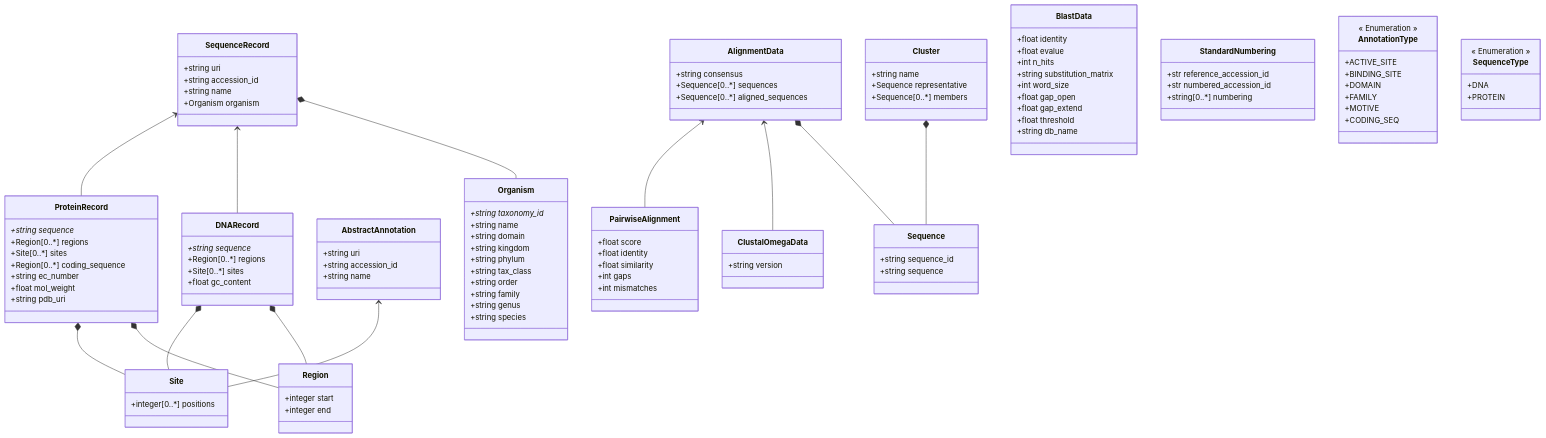
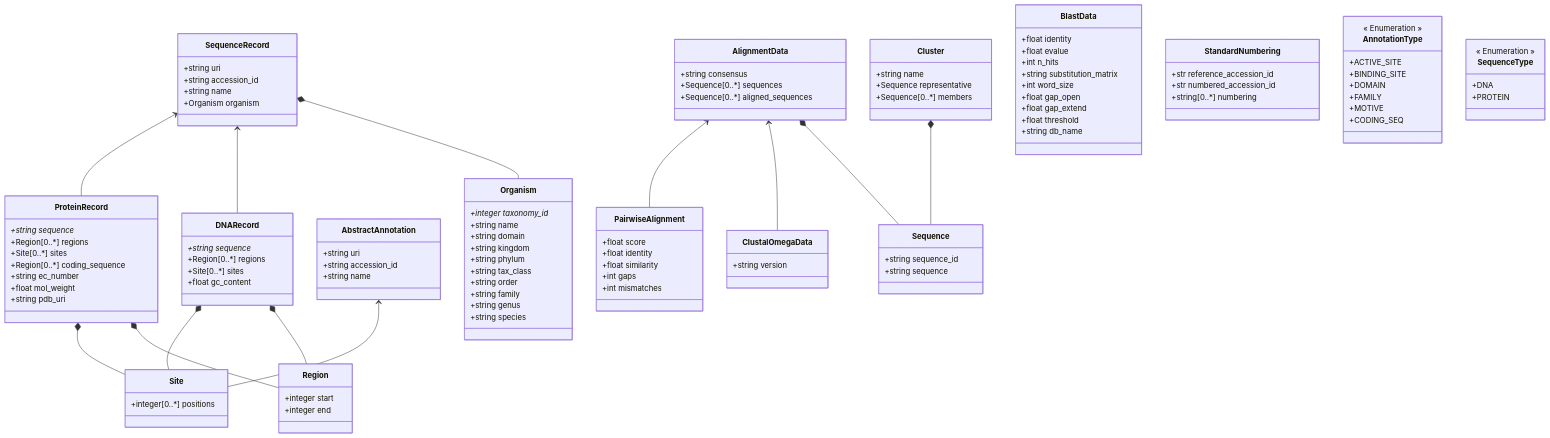
Before and after one commit to PyEED/pyeed: the diagram in pyeed/schemes/pyeed_schema.md, drawn with Mermaid. The commit also changed 15 other files, not shown here.

```diff
--- a/pyeed/schemes/pyeed_schema.md
+++ b/pyeed/schemes/pyeed_schema.md
@@ -53,7 +53,7 @@
     }
     
     class Organism {
-        +string taxonomy_id*
+        +integer taxonomy_id*
         +string name
         +string domain
         +string kingdom
```
